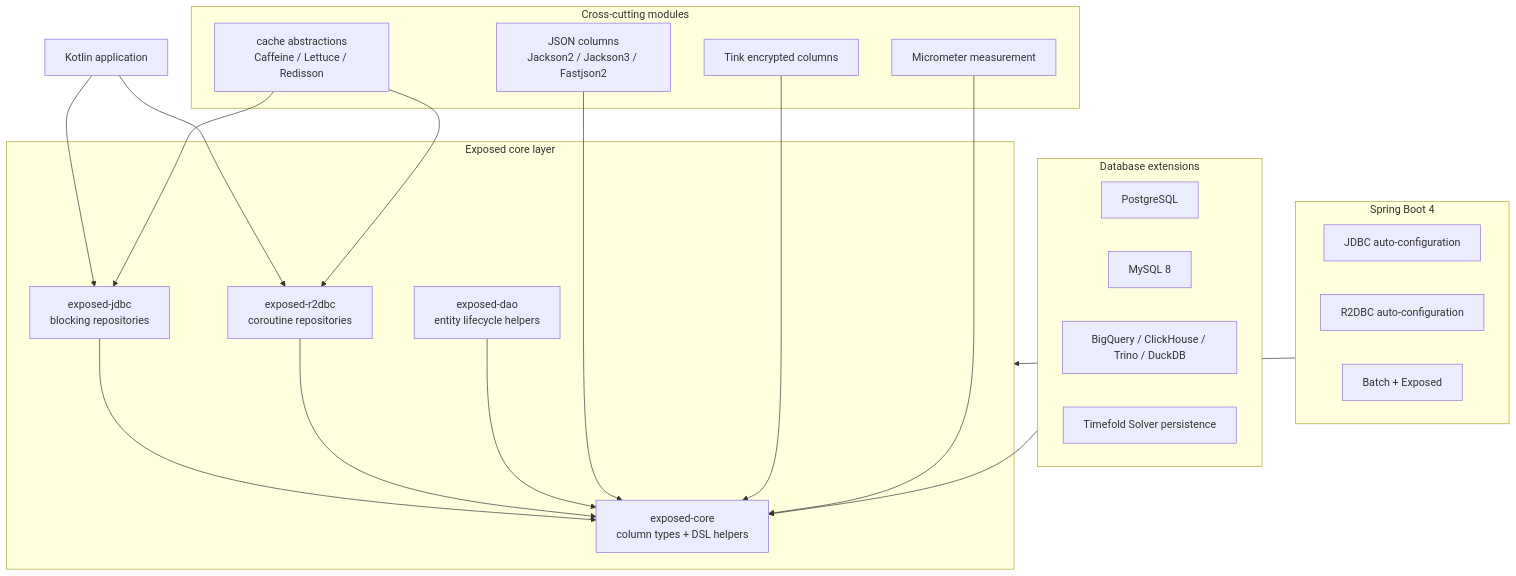
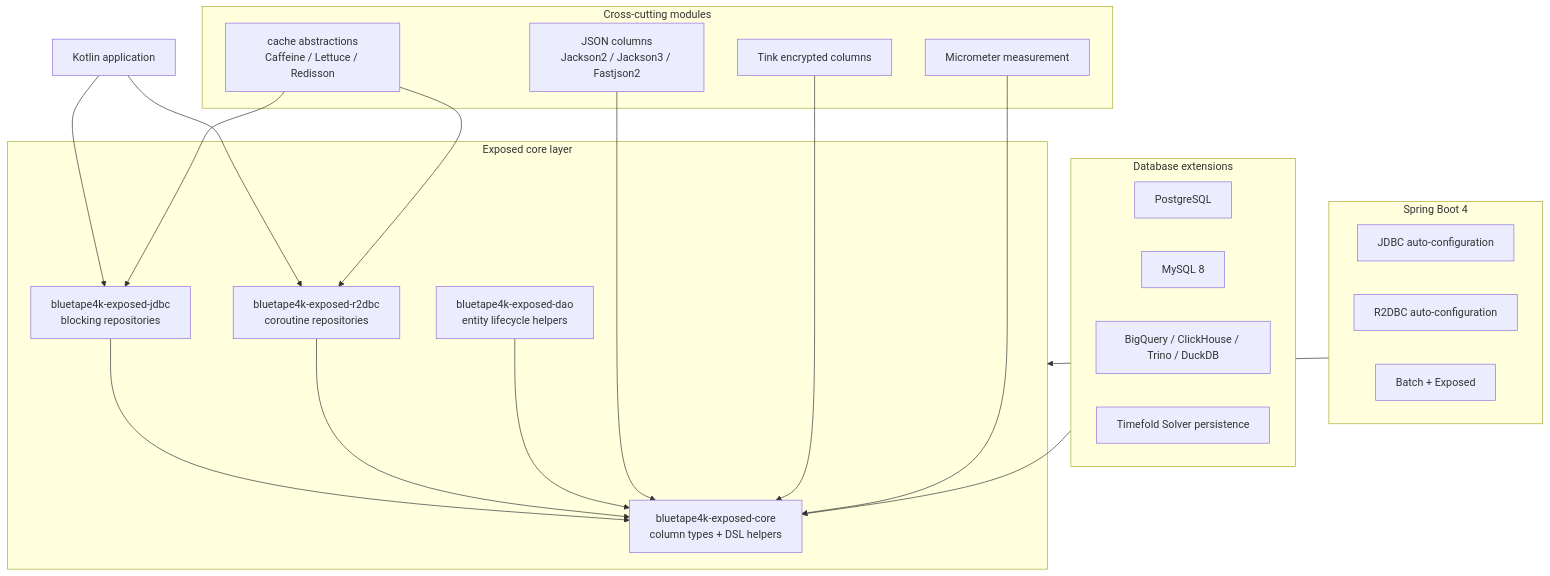
The diagram in README.md (bluetape4k/bluetape4k-exposed), drawn with Mermaid before and after one commit. The commit also changed other lines of this file and 33 other files, not shown here.

First line of the commit message:
refactor: rename all module artifact IDs to bluetape4k-exposed-* convention

````diff
--- a/README.md
+++ b/README.md
@@ -35,44 +35,44 @@
 ```mermaid
 flowchart TD
     APP["Kotlin application"]
 
     subgraph Core["Exposed core layer"]
-        CORE["exposed-core\ncolumn types + DSL helpers"]
-        DAO["exposed-dao\nentity lifecycle helpers"]
-        JDBC["exposed-jdbc\nblocking repositories"]
-        R2DBC["exposed-r2dbc\ncoroutine repositories"]
+        CORE["bluetape4k-exposed-core\ncolumn types + DSL helpers"]
+        DAO["bluetape4k-exposed-dao\nentity lifecycle helpers"]
+        JDBC["bluetape4k-exposed-jdbc\nblocking repositories"]
+        R2DBC["bluetape4k-exposed-r2dbc\ncoroutine repositories"]
     end
 
     subgraph CrossCutting["Cross-cutting modules"]
         CACHE["cache abstractions\nCaffeine / Lettuce / Redisson"]
         JSON["JSON columns\nJackson2 / Jackson3 / Fastjson2"]
         TINK["Tink encrypted columns"]
         METRICS["Micrometer measurement"]
     end
 
     subgraph Dialects["Database extensions"]
         PG["PostgreSQL"]
         MYSQL["MySQL 8"]
         ANALYTICS["BigQuery / ClickHouse / Trino / DuckDB"]
         TIMEFOLD["Timefold Solver persistence"]
     end
 
     subgraph Boot["Spring Boot 4"]
         BOOTJDBC["JDBC auto-configuration"]
         BOOTR2DBC["R2DBC auto-configuration"]
         BATCH["Batch + Exposed"]
     end
 
     APP --> JDBC
     APP --> R2DBC
     JDBC --> CORE
     R2DBC --> CORE
     DAO --> CORE
     CACHE --> JDBC
     CACHE --> R2DBC
     JSON --> CORE
     TINK --> CORE
     METRICS --> CORE
     Dialects --> CORE
     Boot --> Core
 ```
````
